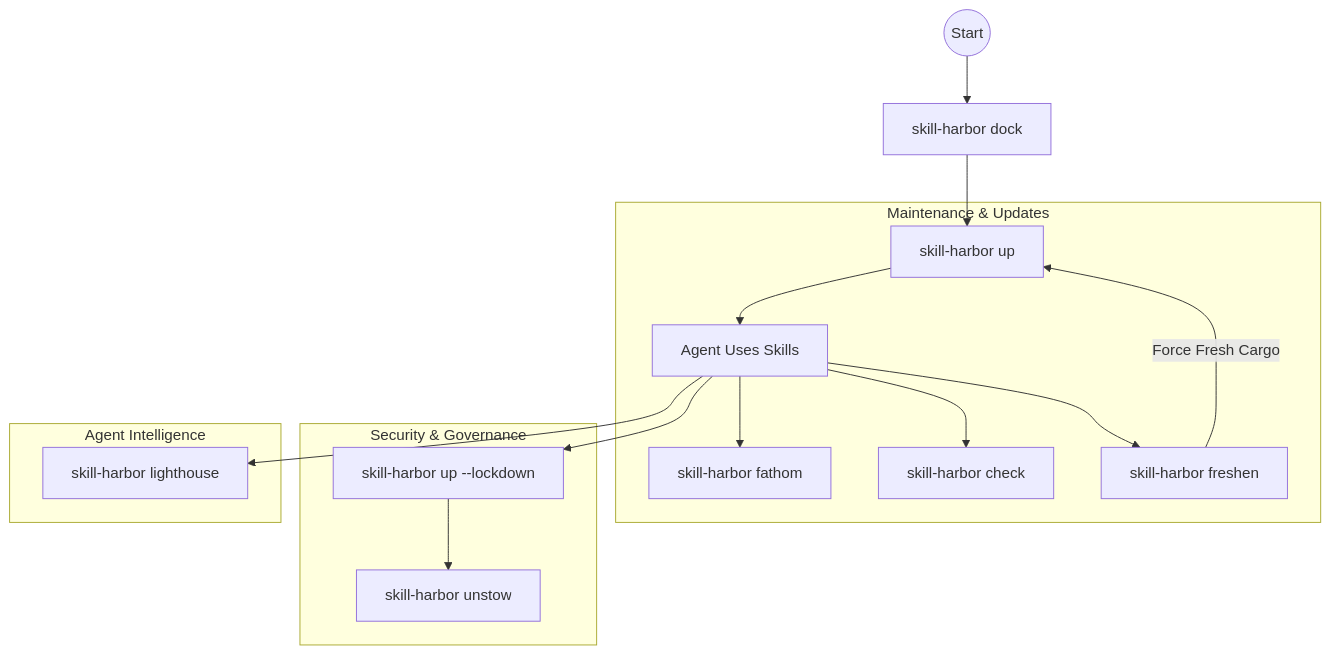
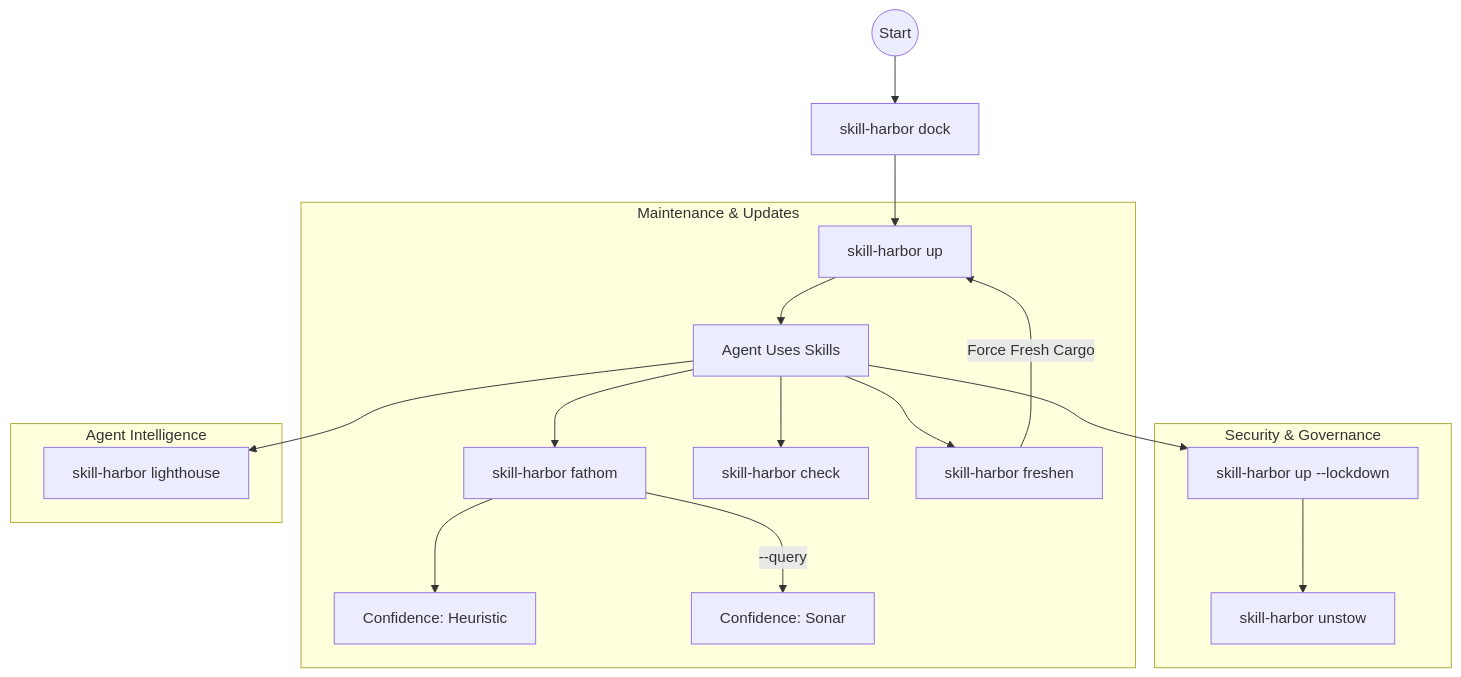
Before and after one commit to johntimothybailey/skill-harbor: the diagram in README.md, drawn with Mermaid.

Commit message:
docs: add confidence level nodes to maintenance subgraph in README architecture diagram

````diff
--- a/README.md
+++ b/README.md
@@ -42,22 +42,25 @@
 ```mermaid
 graph TD
     Start((Start)) --> Dock[skill-harbor dock]
     Dock --> Up[skill-harbor up]
     Up --> Use[Agent Uses Skills]
     
     subgraph "Maintenance & Updates"
     Use --> Fathom[skill-harbor fathom]
+    Fathom --> Heuristic[Confidence: Heuristic]
+    Fathom -- "--query" --> Sonar[Confidence: Sonar]
+    
     Use --> Check[skill-harbor check]
     Use --> Freshen[skill-harbor freshen]
     Freshen -- "Force Fresh Cargo" --> Up
     end
     
     subgraph "Security & Governance"
     Use --> Lockdown[skill-harbor up --lockdown]
     Lockdown --> Unstow[skill-harbor unstow]
     end
     
     subgraph "Agent Intelligence"
     Use --> Light[skill-harbor lighthouse]
     end
 ```
````
